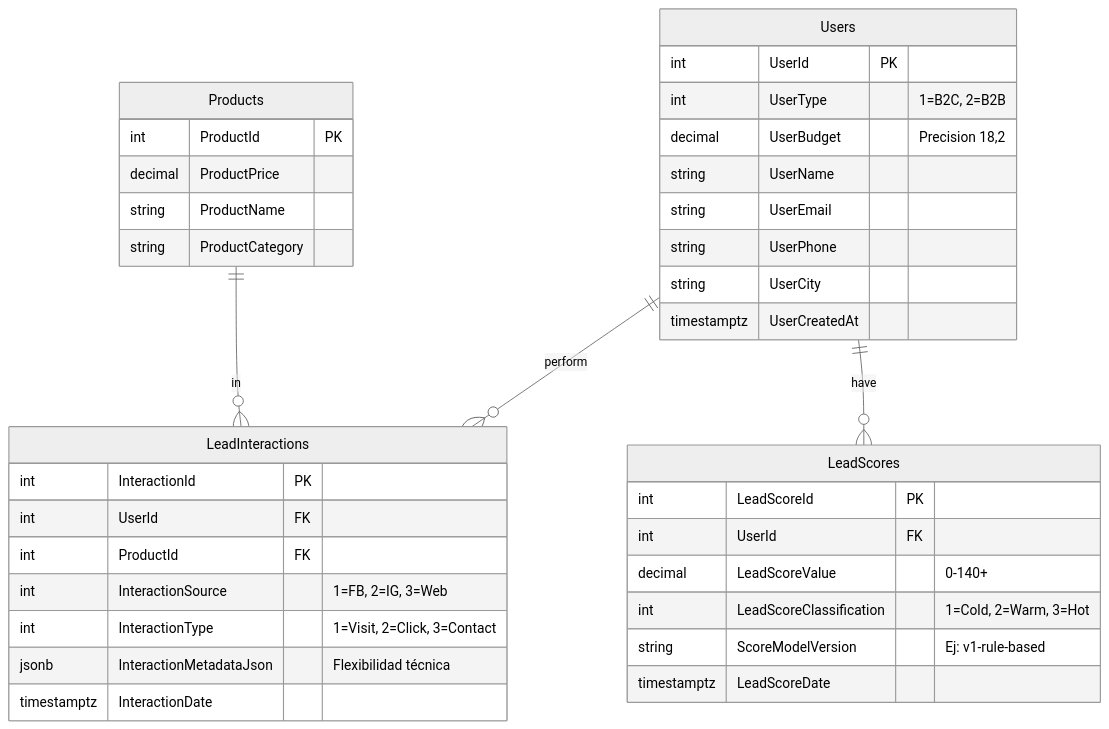
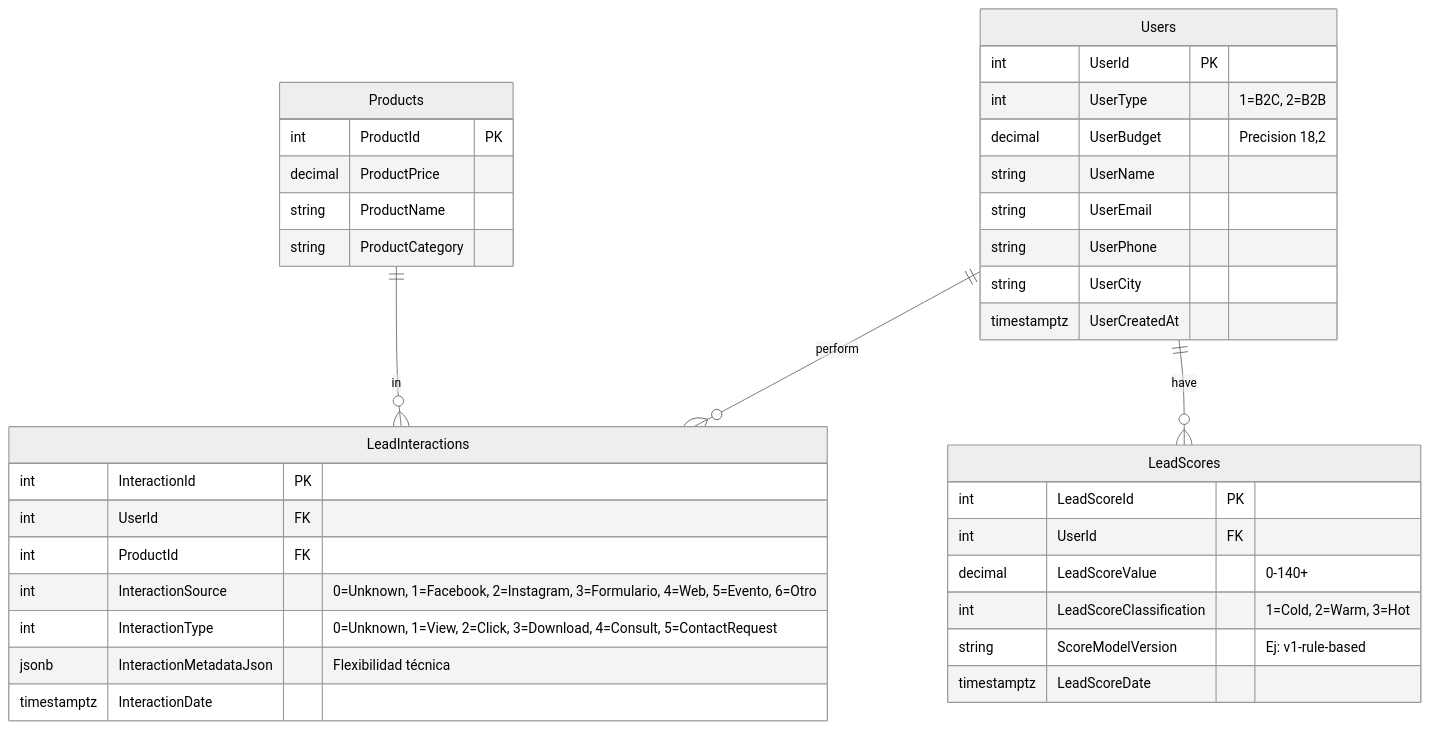
Before and after one commit to No-Country-simulation/S02-26-Equipo-48--EquineLead: the diagram in docs/database/especificacion-tecnica-db-v2.md, drawn with Mermaid (neutral theme). The commit also changed other lines of this file and 19 other files, not shown here.

````diff
--- a/docs/database/especificacion-tecnica-db-v2.md
+++ b/docs/database/especificacion-tecnica-db-v2.md
@@ -11,43 +12,43 @@
 ```mermaid
 erDiagram
     Users ||--o{ LeadInteractions : perform
     Users ||--o{ LeadScores : have
     Products ||--o{ LeadInteractions : in
     
     Users {
         int UserId PK
         int UserType "1=B2C, 2=B2B"
         decimal UserBudget "Precision 18,2"
         string UserName
         string UserEmail
         string UserPhone
         string UserCity
         timestamptz UserCreatedAt
     }
     
     Products {
         int ProductId PK
         decimal ProductPrice
         string ProductName
         string ProductCategory
     }
     
     LeadInteractions {
         int InteractionId PK
         int UserId FK
         int ProductId FK
-        int InteractionSource "1=FB, 2=IG, 3=Web"
-        int InteractionType "1=Visit, 2=Click, 3=Contact"
+        int InteractionSource "0=Unknown, 1=Facebook, 2=Instagram, 3=Formulario, 4=Web, 5=Evento, 6=Otro"
+        int InteractionType "0=Unknown, 1=View, 2=Click, 3=Download, 4=Consult, 5=ContactRequest"
         jsonb InteractionMetadataJson "Flexibilidad técnica"
         timestamptz InteractionDate
     }
     
     LeadScores {
         int LeadScoreId PK
         int UserId FK
         decimal LeadScoreValue "0-140+"
         int LeadScoreClassification "1=Cold, 2=Warm, 3=Hot"
         string ScoreModelVersion "Ej: v1-rule-based"
         timestamptz LeadScoreDate
     }
 ```
````
